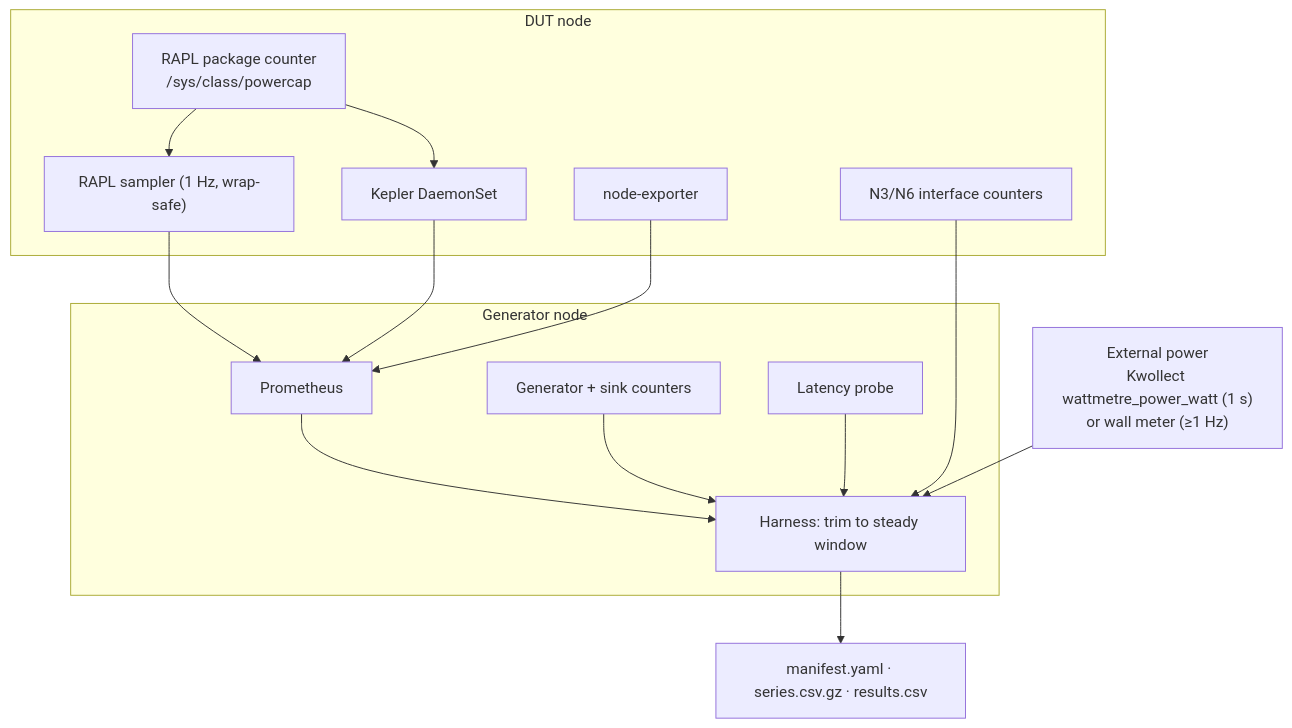
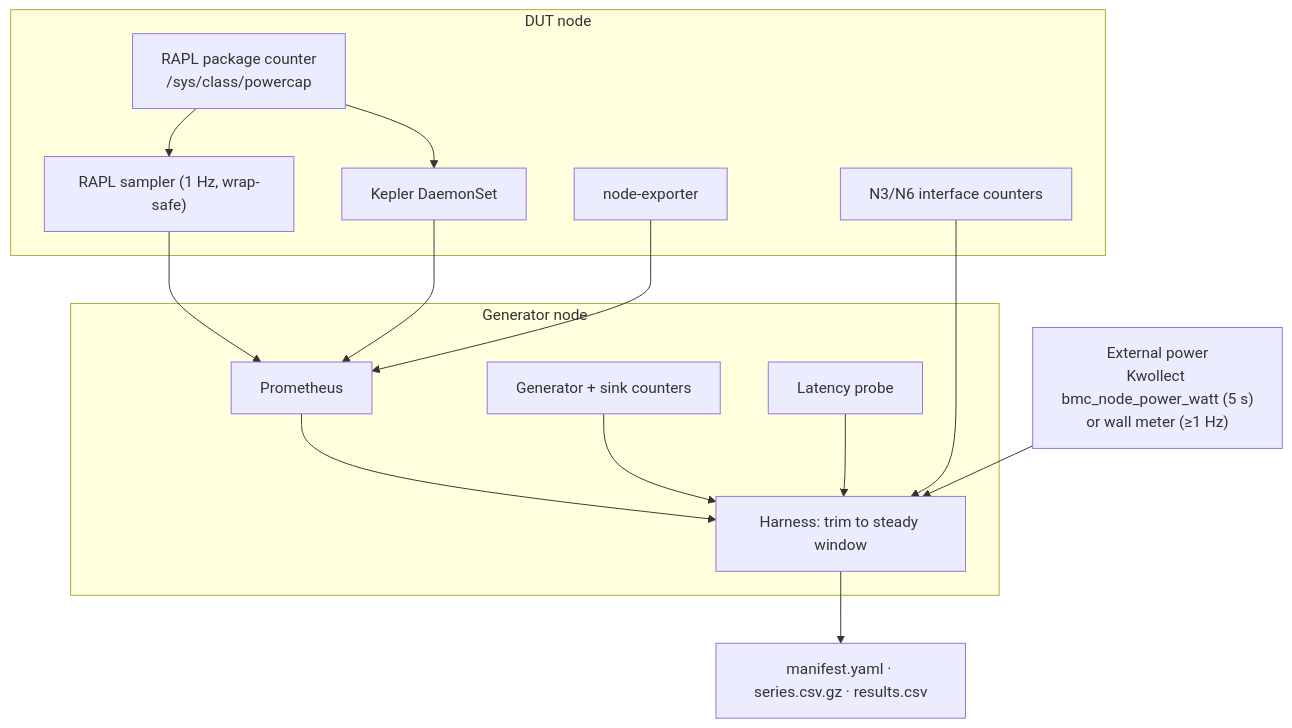
Before and after one commit to BryanTxz10/watts-per-gigabit: the diagram in docs/figures/measurement-chain.mmd, drawn with Mermaid. The commit also changed 15 other files, not shown here.

First line of the commit message:
Restrict Grid'5000 node selection to three-interface clusters; fix paper timeline

```diff
--- a/docs/figures/measurement-chain.mmd
+++ b/docs/figures/measurement-chain.mmd
@@ -1,27 +1,27 @@
 %% Measurement chain: where each signal originates and where it is consumed.
 flowchart TB
   subgraph DUTN["DUT node"]
     PKG["RAPL package counter<br/>/sys/class/powercap"]
     S["RAPL sampler (1 Hz, wrap-safe)"]
     K["Kepler DaemonSet"]
     NE["node-exporter"]
     IF["N3/N6 interface counters"]
     PKG --> S
     PKG --> K
   end
-  EXT["External power<br/>Kwollect wattmetre_power_watt (1 s)<br/>or wall meter (≥1 Hz)"]
+  EXT["External power<br/>Kwollect bmc_node_power_watt (5 s)<br/>or wall meter (≥1 Hz)"]
   subgraph GENN["Generator node"]
     P["Prometheus"]
     G["Generator + sink counters"]
     L["Latency probe"]
     H["Harness: trim to steady window"]
   end
   S --> P
   K --> P
   NE --> P
   P --> H
   IF --> H
   EXT --> H
   G --> H
   L --> H
   H --> OUT["manifest.yaml · series.csv.gz · results.csv"]
```
